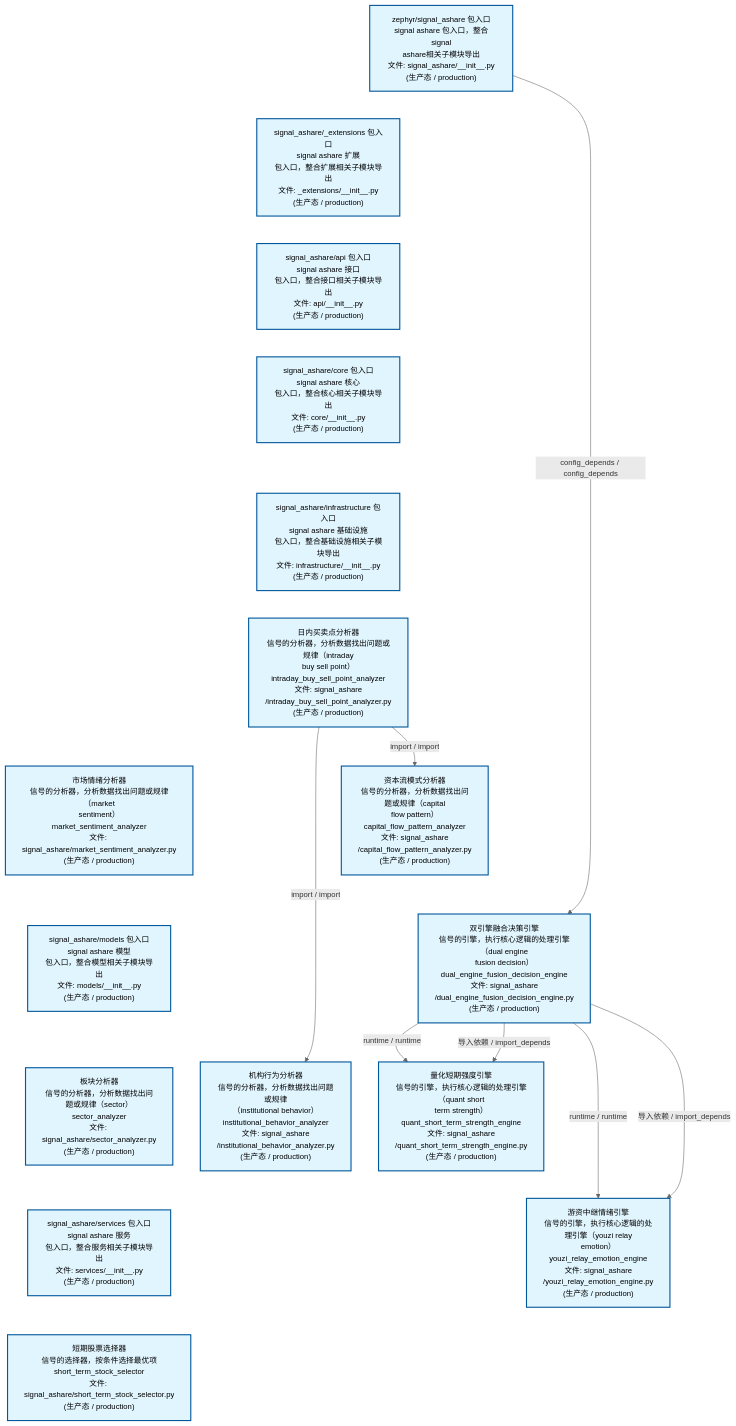
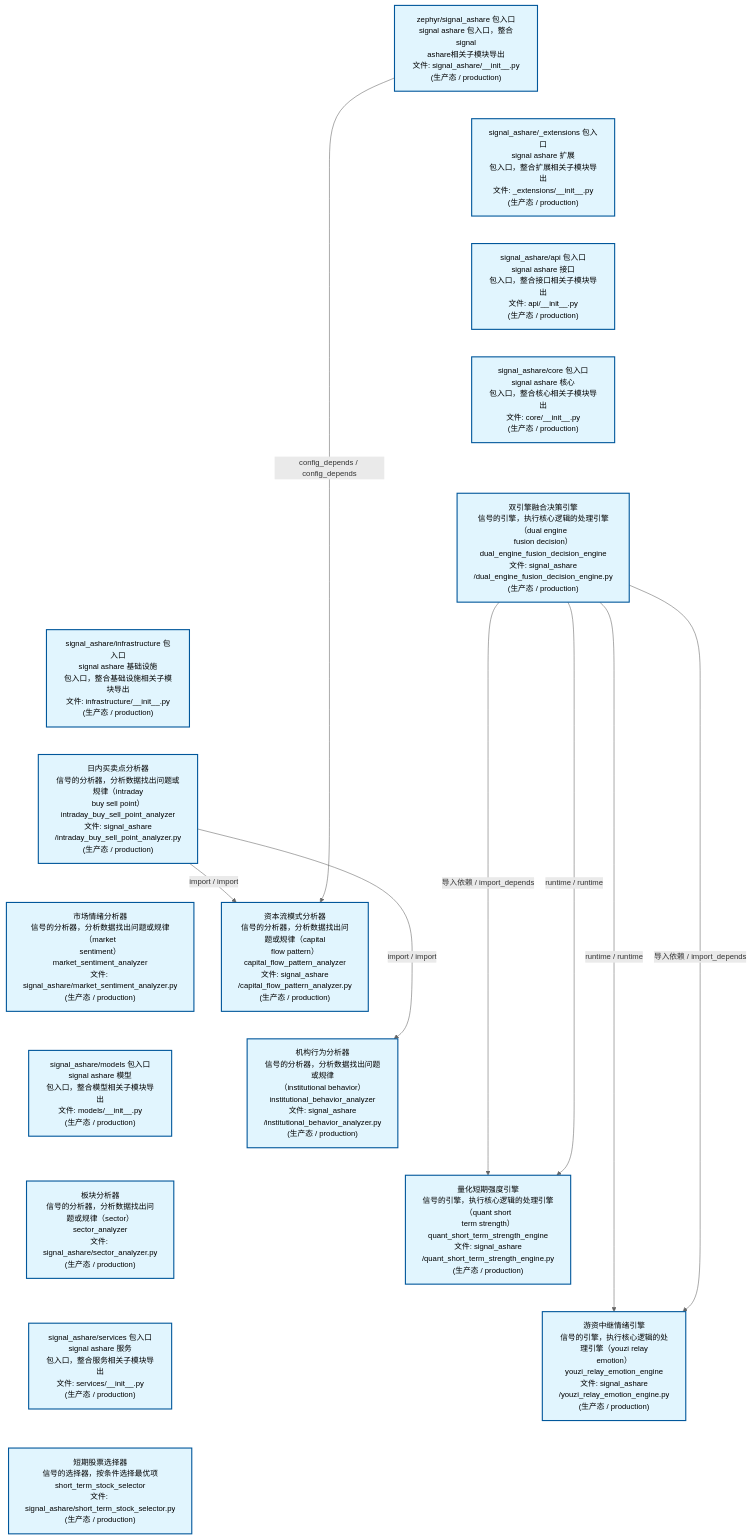
Before and after one commit to xuanFelixVan/ZephyrAlpha: the second of 4 diagrams in docs/02_enterprise_architecture/02_domain_architecture_docs/32_d_ashare_signal.md, drawn with Mermaid. The commit also changed other lines of this file and 48 other files, not shown here.

````diff
--- a/docs/02_enterprise_architecture/02_domain_architecture_docs/32_d_ashare_signal.md
+++ b/docs/02_enterprise_architecture/02_domain_architecture_docs/32_d_ashare_signal.md
@@ -163,45 +163,46 @@
 ```mermaid
 %%{init: {'theme': 'base', 'themeVariables': {'primaryColor': '#eaeaea', 'primaryTextColor': '#333333', 'primaryBorderColor': '#666666', 'lineColor': '#666666', 'secondaryColor': '#eaeaea', 'tertiaryColor': '#eaeaea', 'fontSize': '14px'}}}%%
 flowchart TD
     src_zephyr_signal_ashare_init_py["zephyr/signal_ashare 包入口<br/>signal ashare 包入口，整合signal<br/>ashare相关子模块导出<br/>文件: signal_ashare/__init__.py<br/>(生产态 / production)"]
     src_zephyr_signal_ashare_extensions_init_py["signal_ashare/_extensions 包入口<br/>signal ashare 扩展<br/>包入口，整合扩展相关子模块导出<br/>文件: _extensions/__init__.py<br/>(生产态 / production)"]
     src_zephyr_signal_ashare_api_init_py["signal_ashare/api 包入口<br/>signal ashare 接口<br/>包入口，整合接口相关子模块导出<br/>文件: api/__init__.py<br/>(生产态 / production)"]
     src_zephyr_signal_ashare_core_init_py["signal_ashare/core 包入口<br/>signal ashare 核心<br/>包入口，整合核心相关子模块导出<br/>文件: core/__init__.py<br/>(生产态 / production)"]
+    src_zephyr_signal_ashare_dual_engine_fusion_decision_engine_py["双引擎融合决策引擎<br/>信号的引擎，执行核心逻辑的处理引擎（dual engine<br/>fusion decision）<br/>dual_engine_fusion_decision_engine<br/>文件: signal_ashare<br/>/dual_engine_fusion_decision_engine.py<br/>(生产态 / production)"]
     src_zephyr_signal_ashare_infrastructure_init_py["signal_ashare/infrastructure 包入口<br/>signal ashare 基础设施<br/>包入口，整合基础设施相关子模块导出<br/>文件: infrastructure/__init__.py<br/>(生产态 / production)"]
     src_zephyr_signal_ashare_intraday_buy_sell_point_analyzer_py["日内买卖点分析器<br/>信号的分析器，分析数据找出问题或规律（intraday<br/>buy sell point）<br/>intraday_buy_sell_point_analyzer<br/>文件: signal_ashare<br/>/intraday_buy_sell_point_analyzer.py<br/>(生产态 / production)"]
     src_zephyr_signal_ashare_market_sentiment_analyzer_py["市场情绪分析器<br/>信号的分析器，分析数据找出问题或规律（market<br/>sentiment）<br/>market_sentiment_analyzer<br/>文件: signal_ashare/market_sentiment_analyzer.py<br/>(生产态 / production)"]
     src_zephyr_signal_ashare_models_init_py["signal_ashare/models 包入口<br/>signal ashare 模型<br/>包入口，整合模型相关子模块导出<br/>文件: models/__init__.py<br/>(生产态 / production)"]
     src_zephyr_signal_ashare_sector_analyzer_py["板块分析器<br/>信号的分析器，分析数据找出问题或规律（sector）<br/>sector_analyzer<br/>文件: signal_ashare/sector_analyzer.py<br/>(生产态 / production)"]
     src_zephyr_signal_ashare_services_init_py["signal_ashare/services 包入口<br/>signal ashare 服务<br/>包入口，整合服务相关子模块导出<br/>文件: services/__init__.py<br/>(生产态 / production)"]
     src_zephyr_signal_ashare_short_term_stock_selector_py["短期股票选择器<br/>信号的选择器，按条件选择最优项<br/>short_term_stock_selector<br/>文件: signal_ashare/short_term_stock_selector.py<br/>(生产态 / production)"]
     src_zephyr_signal_ashare_init_py ~~~ src_zephyr_signal_ashare_extensions_init_py
     src_zephyr_signal_ashare_extensions_init_py ~~~ src_zephyr_signal_ashare_api_init_py
     src_zephyr_signal_ashare_api_init_py ~~~ src_zephyr_signal_ashare_core_init_py
-    src_zephyr_signal_ashare_core_init_py ~~~ src_zephyr_signal_ashare_infrastructure_init_py
+    src_zephyr_signal_ashare_core_init_py ~~~ src_zephyr_signal_ashare_dual_engine_fusion_decision_engine_py
+    src_zephyr_signal_ashare_dual_engine_fusion_decision_engine_py ~~~ src_zephyr_signal_ashare_infrastructure_init_py
     src_zephyr_signal_ashare_infrastructure_init_py ~~~ src_zephyr_signal_ashare_intraday_buy_sell_point_analyzer_py
     src_zephyr_signal_ashare_intraday_buy_sell_point_analyzer_py ~~~ src_zephyr_signal_ashare_market_sentiment_analyzer_py
     src_zephyr_signal_ashare_market_sentiment_analyzer_py ~~~ src_zephyr_signal_ashare_models_init_py
     src_zephyr_signal_ashare_models_init_py ~~~ src_zephyr_signal_ashare_sector_analyzer_py
     src_zephyr_signal_ashare_sector_analyzer_py ~~~ src_zephyr_signal_ashare_services_init_py
     src_zephyr_signal_ashare_services_init_py ~~~ src_zephyr_signal_ashare_short_term_stock_selector_py
     src_zephyr_signal_ashare_capital_flow_pattern_analyzer_py["资本流模式分析器<br/>信号的分析器，分析数据找出问题或规律（capital<br/>flow pattern）<br/>capital_flow_pattern_analyzer<br/>文件: signal_ashare<br/>/capital_flow_pattern_analyzer.py<br/>(生产态 / production)"]
-    src_zephyr_signal_ashare_dual_engine_fusion_decision_engine_py["双引擎融合决策引擎<br/>信号的引擎，执行核心逻辑的处理引擎（dual engine<br/>fusion decision）<br/>dual_engine_fusion_decision_engine<br/>文件: signal_ashare<br/>/dual_engine_fusion_decision_engine.py<br/>(生产态 / production)"]
     src_zephyr_signal_ashare_institutional_behavior_analyzer_py["机构行为分析器<br/>信号的分析器，分析数据找出问题或规律<br/>（institutional behavior）<br/>institutional_behavior_analyzer<br/>文件: signal_ashare<br/>/institutional_behavior_analyzer.py<br/>(生产态 / production)"]
-    src_zephyr_signal_ashare_capital_flow_pattern_analyzer_py ~~~ src_zephyr_signal_ashare_dual_engine_fusion_decision_engine_py
-    src_zephyr_signal_ashare_dual_engine_fusion_decision_engine_py ~~~ src_zephyr_signal_ashare_institutional_behavior_analyzer_py
     src_zephyr_signal_ashare_quant_short_term_strength_engine_py["量化短期强度引擎<br/>信号的引擎，执行核心逻辑的处理引擎（quant short<br/>term strength）<br/>quant_short_term_strength_engine<br/>文件: signal_ashare<br/>/quant_short_term_strength_engine.py<br/>(生产态 / production)"]
     src_zephyr_signal_ashare_youzi_relay_emotion_engine_py["游资中继情绪引擎<br/>信号的引擎，执行核心逻辑的处理引擎（youzi relay<br/>emotion）<br/>youzi_relay_emotion_engine<br/>文件: signal_ashare<br/>/youzi_relay_emotion_engine.py<br/>(生产态 / production)"]
+    src_zephyr_signal_ashare_capital_flow_pattern_analyzer_py ~~~ src_zephyr_signal_ashare_institutional_behavior_analyzer_py
+    src_zephyr_signal_ashare_institutional_behavior_analyzer_py ~~~ src_zephyr_signal_ashare_quant_short_term_strength_engine_py
     src_zephyr_signal_ashare_quant_short_term_strength_engine_py ~~~ src_zephyr_signal_ashare_youzi_relay_emotion_engine_py
+    src_zephyr_signal_ashare_intraday_buy_sell_point_analyzer_py -->|import / import| src_zephyr_signal_ashare_capital_flow_pattern_analyzer_py
+    src_zephyr_signal_ashare_intraday_buy_sell_point_analyzer_py -->|import / import| src_zephyr_signal_ashare_institutional_behavior_analyzer_py
+    src_zephyr_signal_ashare_dual_engine_fusion_decision_engine_py -->|导入依赖 / import_depends| src_zephyr_signal_ashare_quant_short_term_strength_engine_py
     src_zephyr_signal_ashare_dual_engine_fusion_decision_engine_py -->|runtime / runtime| src_zephyr_signal_ashare_quant_short_term_strength_engine_py
-    src_zephyr_signal_ashare_dual_engine_fusion_decision_engine_py -->|导入依赖 / import_depends| src_zephyr_signal_ashare_quant_short_term_strength_engine_py
     src_zephyr_signal_ashare_dual_engine_fusion_decision_engine_py -->|runtime / runtime| src_zephyr_signal_ashare_youzi_relay_emotion_engine_py
     src_zephyr_signal_ashare_dual_engine_fusion_decision_engine_py -->|导入依赖 / import_depends| src_zephyr_signal_ashare_youzi_relay_emotion_engine_py
-    src_zephyr_signal_ashare_intraday_buy_sell_point_analyzer_py -->|import / import| src_zephyr_signal_ashare_capital_flow_pattern_analyzer_py
-    src_zephyr_signal_ashare_intraday_buy_sell_point_analyzer_py -->|import / import| src_zephyr_signal_ashare_institutional_behavior_analyzer_py
-    src_zephyr_signal_ashare_init_py -->|config_depends / config_depends| src_zephyr_signal_ashare_dual_engine_fusion_decision_engine_py
+    src_zephyr_signal_ashare_init_py -->|config_depends / config_depends| src_zephyr_signal_ashare_capital_flow_pattern_analyzer_py
     classDef production fill:#e1f5fe,stroke:#01579b,stroke-width:2px,color:#000
     classDef design fill:#fff3e0,stroke:#e65100,stroke-width:2px,color:#000,stroke-dasharray: 5 5
     classDef external_prod fill:#e8f4fd,stroke:#0277bd,stroke-width:1px,color:#000
     classDef external_design fill:#fff8e7,stroke:#ef6c00,stroke-width:1px,color:#000,stroke-dasharray: 5 5
     class src_zephyr_signal_ashare_init_py,src_zephyr_signal_ashare_extensions_init_py,src_zephyr_signal_ashare_api_init_py,src_zephyr_signal_ashare_capital_flow_pattern_analyzer_py,src_zephyr_signal_ashare_core_init_py,src_zephyr_signal_ashare_dual_engine_fusion_decision_engine_py,src_zephyr_signal_ashare_infrastructure_init_py,src_zephyr_signal_ashare_institutional_behavior_analyzer_py,src_zephyr_signal_ashare_intraday_buy_sell_point_analyzer_py,src_zephyr_signal_ashare_market_sentiment_analyzer_py,src_zephyr_signal_ashare_models_init_py,src_zephyr_signal_ashare_quant_short_term_strength_engine_py,src_zephyr_signal_ashare_sector_analyzer_py,src_zephyr_signal_ashare_services_init_py,src_zephyr_signal_ashare_short_term_stock_selector_py,src_zephyr_signal_ashare_youzi_relay_emotion_engine_py production
 ```
````
